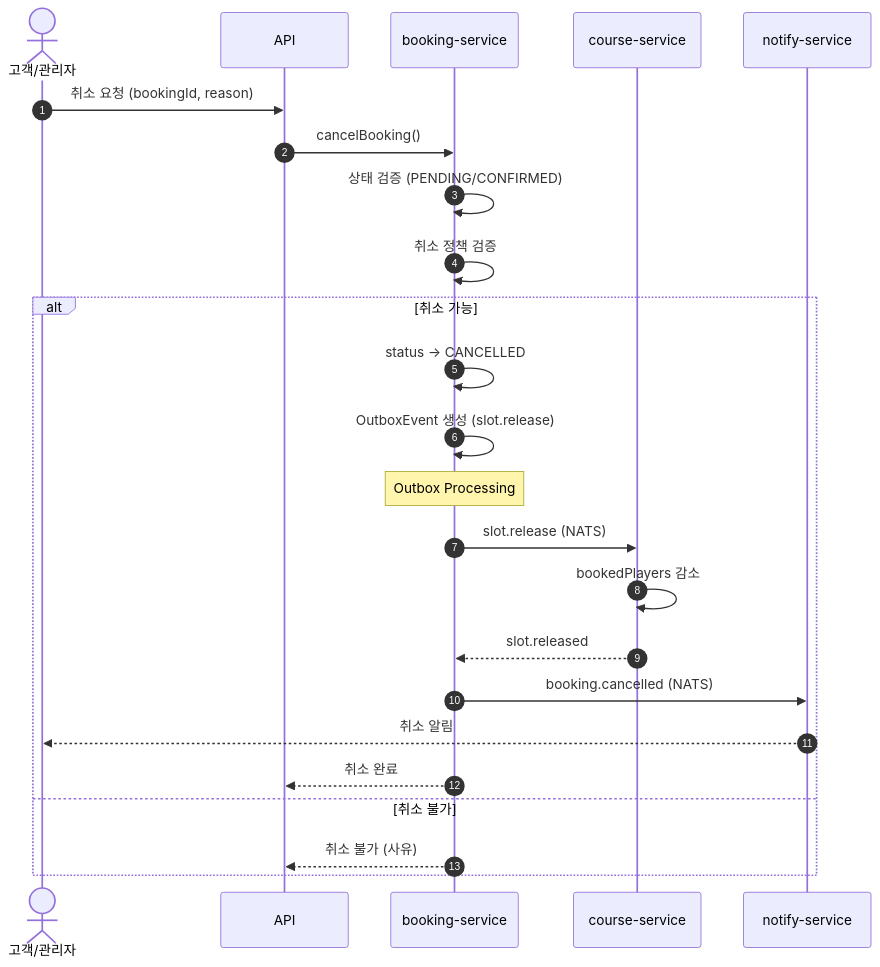
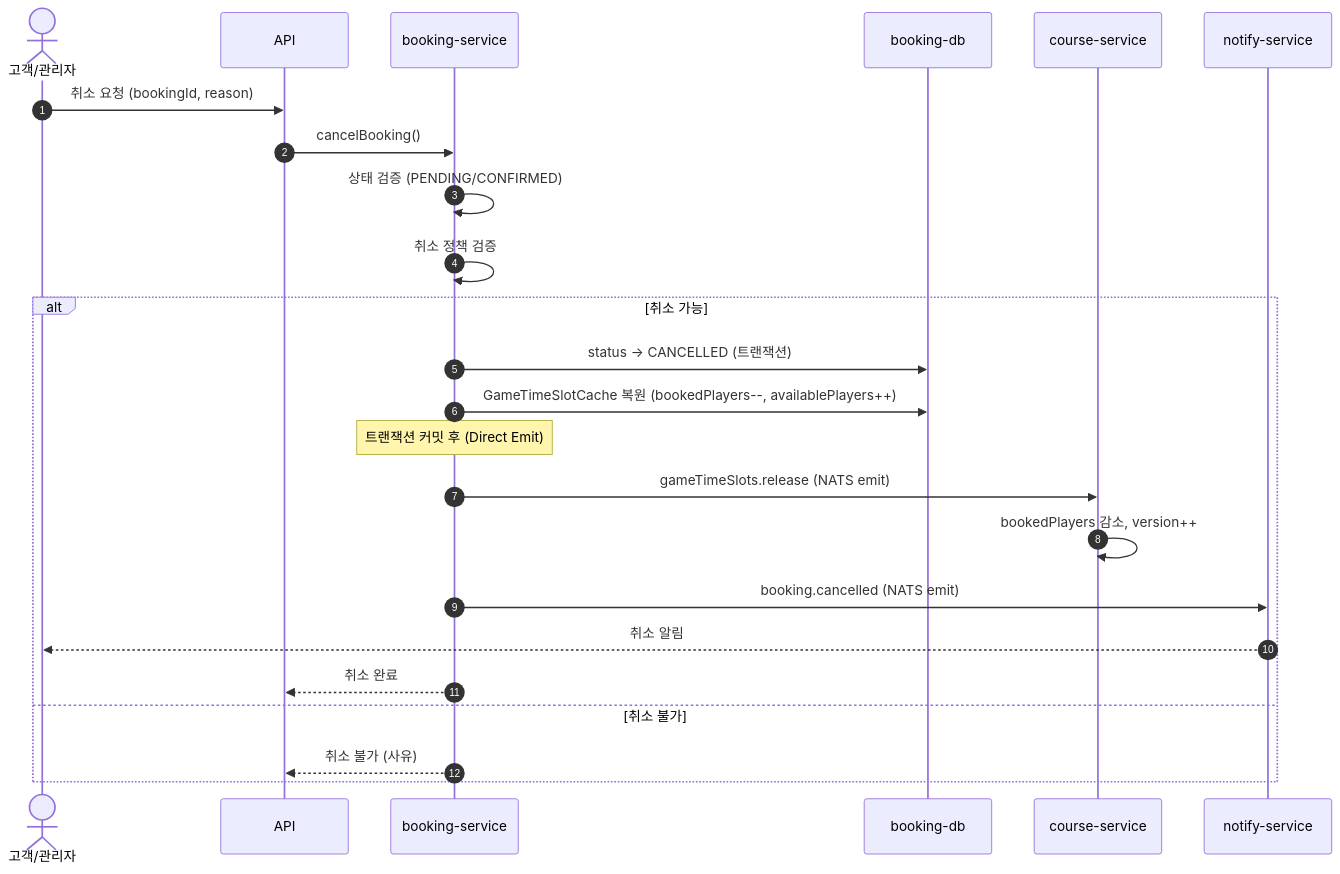
Diagram 11 of 18 in docs/workflow/BOOKING.md (uniyous/parkgolf-platform), drawn with Mermaid before and after one commit. The commit also changed other lines of this file and 10 other files, not shown here.

````diff
--- a/docs/workflow/BOOKING.md
+++ b/docs/workflow/BOOKING.md
@@ -800,32 +908,32 @@
 ```mermaid
 sequenceDiagram
     autonumber
     actor User as 고객/관리자
     participant API as API
     participant BS as booking-service
+    participant DB as booking-db
     participant CS as course-service
     participant NS as notify-service
 
     User->>API: 취소 요청 (bookingId, reason)
     API->>BS: cancelBooking()
 
     BS->>BS: 상태 검증 (PENDING/CONFIRMED)
     BS->>BS: 취소 정책 검증
 
     alt 취소 가능
-        BS->>BS: status → CANCELLED
-        BS->>BS: OutboxEvent 생성 (slot.release)
+        BS->>DB: status → CANCELLED (트랜잭션)
+        BS->>DB: GameTimeSlotCache 복원 (bookedPlayers--, availablePlayers++)
 
-        Note over BS: Outbox Processing
-        BS->>CS: slot.release (NATS)
-        CS->>CS: bookedPlayers 감소
-        CS-->>BS: slot.released
+        Note over BS: 트랜잭션 커밋 후 (Direct Emit)
+        BS->>CS: gameTimeSlots.release (NATS emit)
+        CS->>CS: bookedPlayers 감소, version++
 
-        BS->>NS: booking.cancelled (NATS)
+        BS->>NS: booking.cancelled (NATS emit)
         NS-->>User: 취소 알림
 
         BS-->>API: 취소 완료
     else 취소 불가
         BS-->>API: 취소 불가 (사유)
     end
 ```
````
